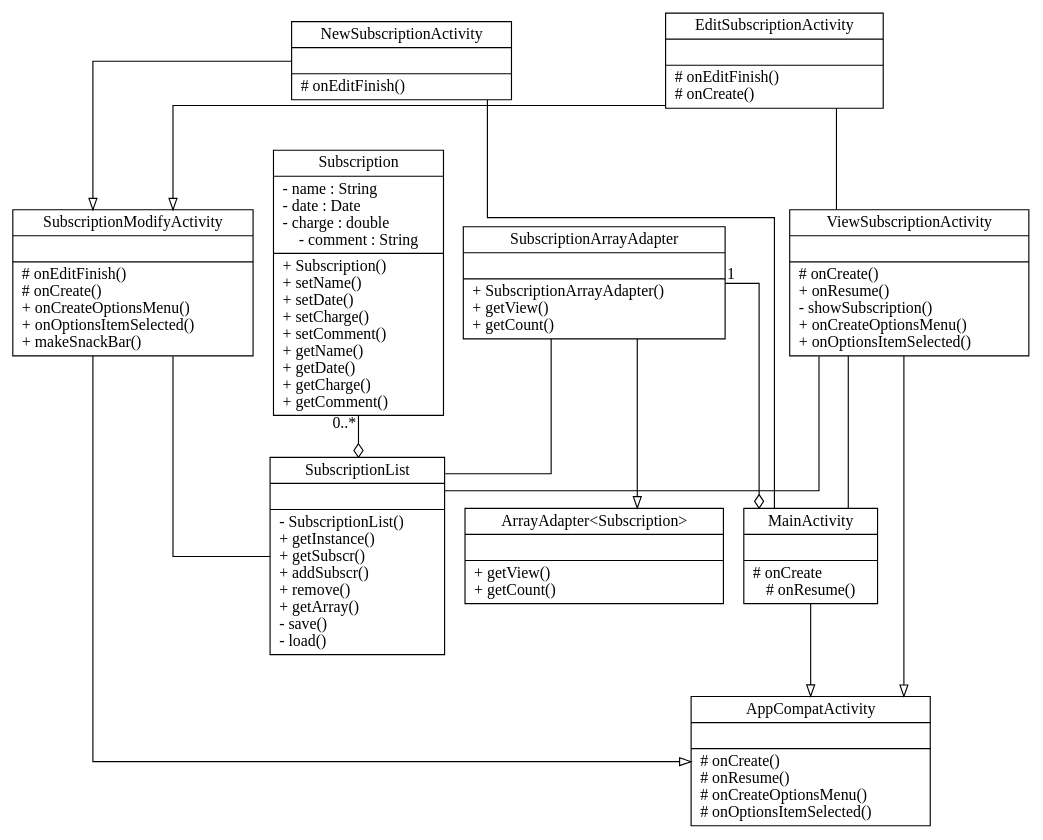
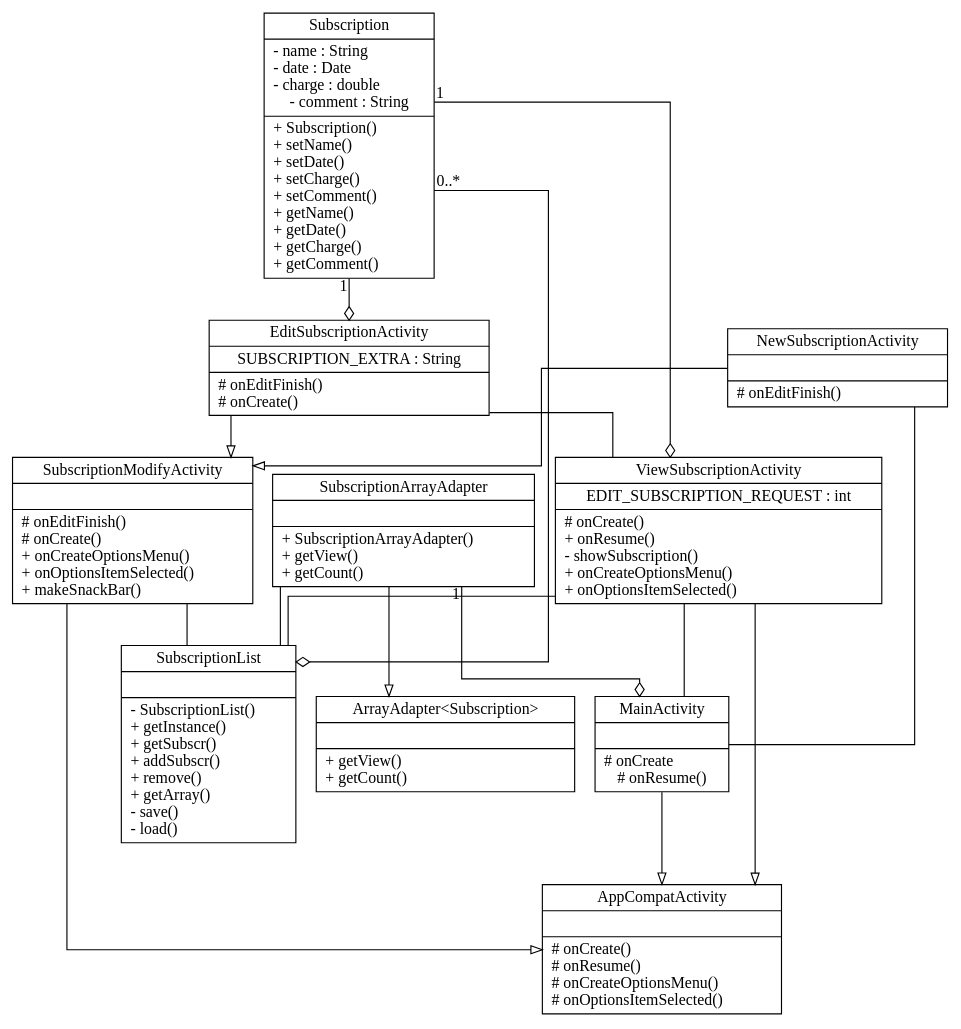
The diagram in doc/uml-subbook.dot (Petelliott/pelliott-SubBook), drawn with Graphviz before and after one commit. The commit also changed 2 other files, not shown here.

Commit message:
added instance variables to uml diagram

```diff
--- a/doc/uml-subbook.dot
+++ b/doc/uml-subbook.dot
@@ -1,44 +1,47 @@
 digraph G {
     splines=ortho;
 
     Subscription[
         shape=record
         label="{Subscription|- name : String\l- date : Date\l- charge : double\l- comment : String|+ Subscription()\l+ setName()\l+ setDate()\l+ setCharge()\l+ setComment()\l+ getName()\l+ getDate()\l+ getCharge()\l+ getComment()\l}"
     ];
 
     SubscriptionList[
         shape=record
         label="{SubscriptionList||- SubscriptionList()\l+ getInstance()\l+ getSubscr()\l+ addSubscr()\l+ remove()\l+ getArray()\l- save()\l- load()\l}"
     ];
 
     Subscription->SubscriptionList[arrowhead="odiamond",taillabel = "0..*"];
 
     MainActivity[shape=record,label="{MainActivity||# onCreate\l# onResume()}"];
-    ViewSubscriptionActivity[shape=record,label="{ViewSubscriptionActivity||# onCreate()\l+ onResume()\l- showSubscription()\l+ onCreateOptionsMenu()\l+ onOptionsItemSelected()\l}"];
+    ViewSubscriptionActivity[shape=record,label="{ViewSubscriptionActivity|EDIT_SUBSCRIPTION_REQUEST : int|# onCreate()\l+ onResume()\l- showSubscription()\l+ onCreateOptionsMenu()\l+ onOptionsItemSelected()\l}"];
     SubscriptionModifyActivity[shape=record,label="{SubscriptionModifyActivity||# onEditFinish()\l# onCreate()\l+ onCreateOptionsMenu()\l+ onOptionsItemSelected()\l+ makeSnackBar()\l}"];
 
     ViewSubscriptionActivity->SubscriptionList[arrowhead="none"];
     ViewSubscriptionActivity->MainActivity[arrowhead="none"];
     SubscriptionModifyActivity->SubscriptionList[arrowhead="none"];
 
     ArrayAdapter[shape="record", label="{ArrayAdapter\<Subscription\>||+ getView()\l+ getCount()\l}"];
     SubscriptionArrayAdapter->ArrayAdapter[arrowhead="onormal"];
 
     SubscriptionArrayAdapter[shape="record", label="{SubscriptionArrayAdapter||+ SubscriptionArrayAdapter()\l+ getView()\l+ getCount()\l}"];
     SubscriptionArrayAdapter->MainActivity[arrowhead="odiamond",taillabel="1"];
     SubscriptionArrayAdapter->SubscriptionList[arrowhead="none"];
 
-    EditSubscriptionActivity[shape=record,label="{EditSubscriptionActivity||# onEditFinish()\l# onCreate()\l}"];
+    EditSubscriptionActivity[shape=record,label="{EditSubscriptionActivity|SUBSCRIPTION_EXTRA : String|# onEditFinish()\l# onCreate()\l}"];
     NewSubscriptionActivity[shape=record,label="{NewSubscriptionActivity||# onEditFinish()\l}"];
 
     EditSubscriptionActivity->SubscriptionModifyActivity[arrowhead="onormal"];
     NewSubscriptionActivity->SubscriptionModifyActivity[arrowhead="onormal"];
 
     NewSubscriptionActivity->MainActivity[arrowhead="none"];
     EditSubscriptionActivity->ViewSubscriptionActivity[arrowhead="none"];
 
     Activity[shape=record,label="{AppCompatActivity||# onCreate()\l# onResume()\l# onCreateOptionsMenu()\l# onOptionsItemSelected()\l}"];
     MainActivity->Activity[arrowhead="onormal"];
     ViewSubscriptionActivity->Activity[arrowhead="onormal"];
     SubscriptionModifyActivity->Activity[arrowhead="onormal"];
+
+    Subscription->ViewSubscriptionActivity[arrowhead="odiamond", taillabel="1"];
+    Subscription->EditSubscriptionActivity[arrowhead="odiamond", taillabel="1"];
 }
```
